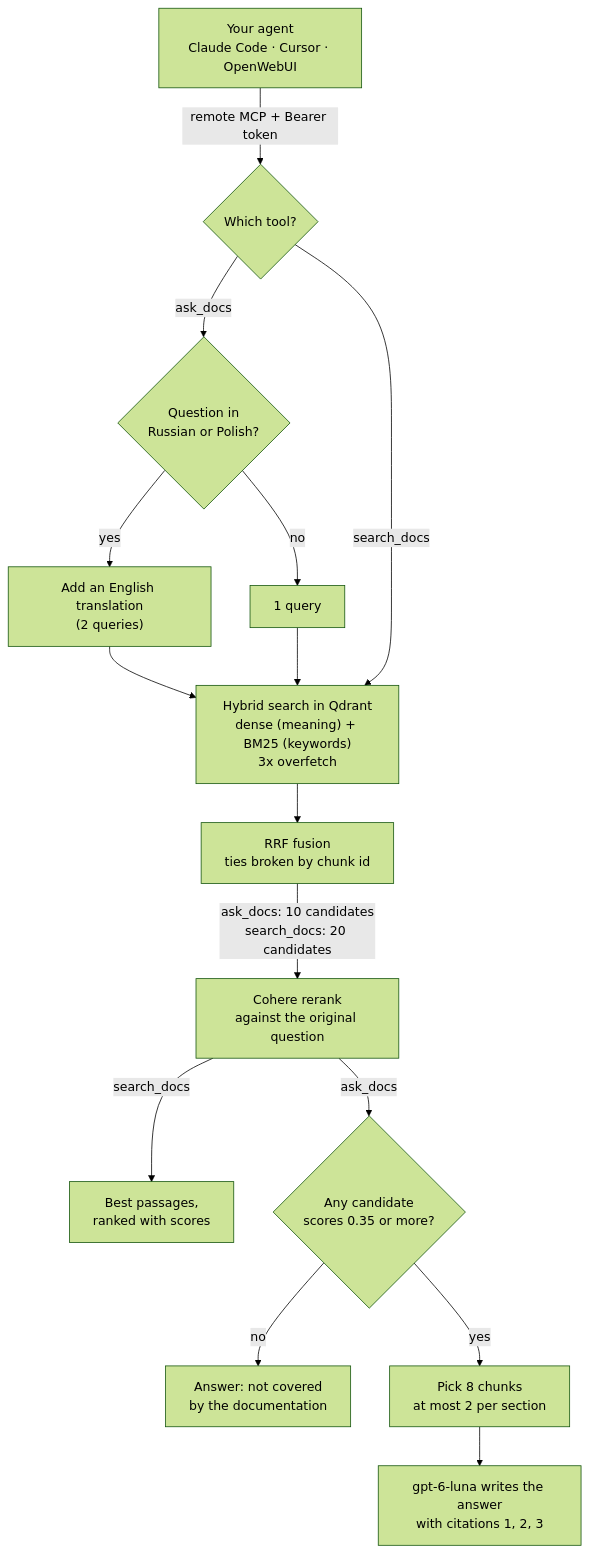
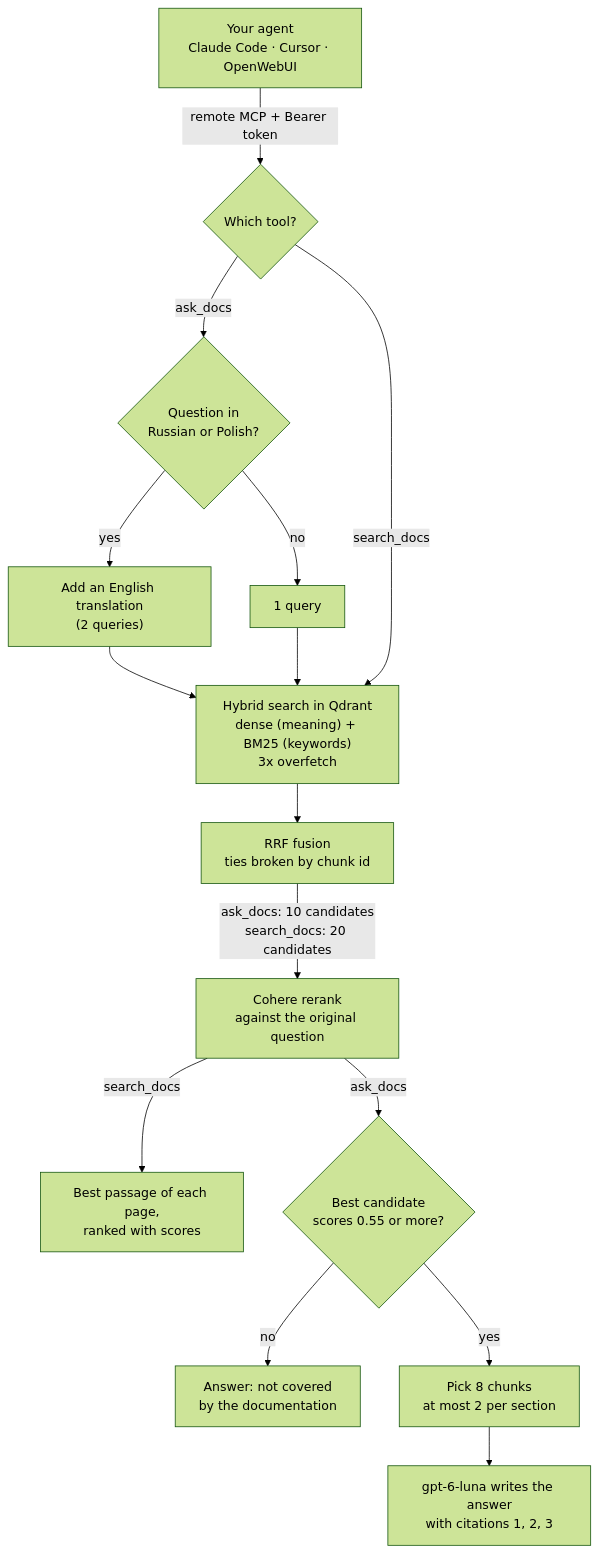
The first of 2 diagrams in README.md (KonstantinStarovoytov/agent-docs), drawn with Mermaid (forest theme) before and after one commit. The commit also changed other lines of this file and 2 other files, not shown here.

Commit message:
docs: one passage per page, top-score abstention; report on stored scores

````diff
--- a/README.md
+++ b/README.md
@@ -19,21 +19,21 @@
 ```mermaid
 flowchart TD
     A["Your agent<br/>Claude Code · Cursor · OpenWebUI"] -->|"remote MCP + Bearer token"| T{"Which tool?"}
 
     T -->|ask_docs| L{"Question in<br/>Russian or Polish?"}
     L -->|yes| TR["Add an English translation<br/>(2 queries)"]
     L -->|no| Q1["1 query"]
     TR --> S
     Q1 --> S
 
     T -->|search_docs| S
 
     S["Hybrid search in Qdrant<br/>dense (meaning) + BM25 (keywords)<br/>3x overfetch"] --> F["RRF fusion<br/>ties broken by chunk id"]
     F -->|"ask_docs: 10 candidates<br/>search_docs: 20 candidates"| R["Cohere rerank<br/>against the original question"]
 
-    R -->|search_docs| P["Best passages,<br/>ranked with scores"]
-    R -->|ask_docs| TH{"Any candidate<br/>scores 0.35 or more?"}
+    R -->|search_docs| P["Best passage of each page,<br/>ranked with scores"]
+    R -->|ask_docs| TH{"Best candidate<br/>scores 0.55 or more?"}
     TH -->|no| NO["Answer: not covered<br/>by the documentation"]
     TH -->|yes| SEL["Pick 8 chunks<br/>at most 2 per section"]
     SEL --> G["gpt-6-luna writes the answer<br/>with citations 1, 2, 3"]
 ```
````
